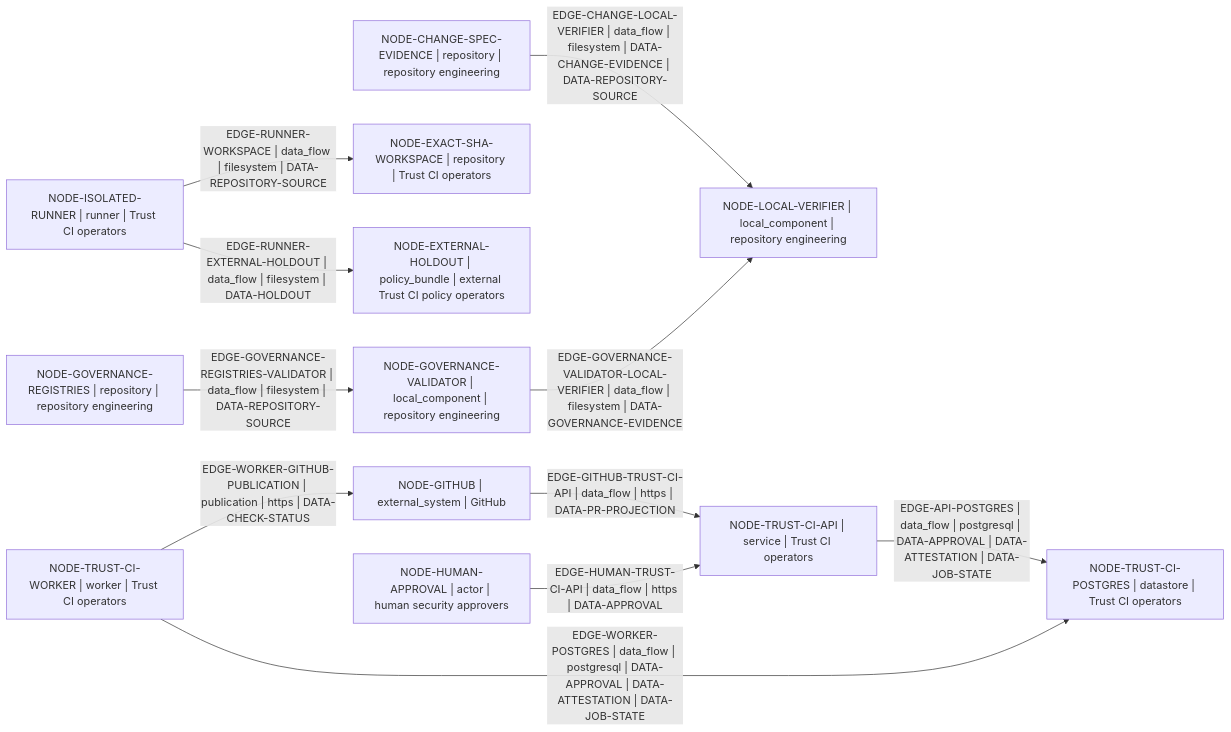
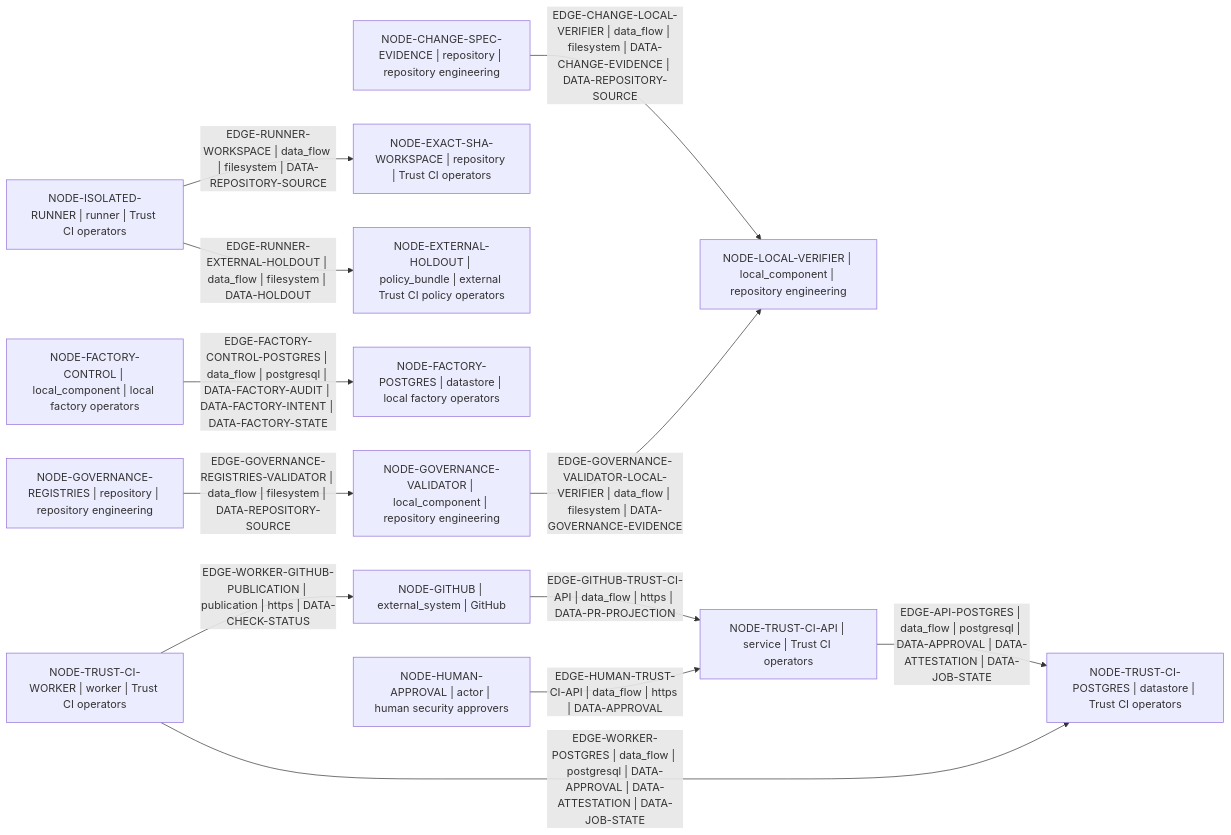
One commit to Dimkox/adaptive-grok-build-pro changed the diagram in architecture/generated/data-flow.mmd. Above: the diagram before and after it, drawn with Mermaid. The commit also changed 8 other files, not shown here.

Commit message:
feat(factory): model isolated control plane

```diff
--- a/architecture/generated/data-flow.mmd
+++ b/architecture/generated/data-flow.mmd
@@ -1,23 +1,26 @@
 flowchart LR
   node_8938bd3db1932751["NODE-CHANGE-SPEC-EVIDENCE | repository | repository engineering"]
   node_2e8a7072de3f3743["NODE-EXACT-SHA-WORKSPACE | repository | Trust CI operators"]
   node_0a0fe2f046a648e9["NODE-EXTERNAL-HOLDOUT | policy_bundle | external Trust CI policy operators"]
+  node_a6c166e55f8e1784["NODE-FACTORY-CONTROL | local_component | local factory operators"]
+  node_a77de286f8308fd4["NODE-FACTORY-POSTGRES | datastore | local factory operators"]
   node_8b8a8cd21b180532["NODE-GITHUB | external_system | GitHub"]
   node_dfd1104494c6ab8f["NODE-GOVERNANCE-REGISTRIES | repository | repository engineering"]
   node_23677f8757246623["NODE-GOVERNANCE-VALIDATOR | local_component | repository engineering"]
   node_e4e37173e410ad23["NODE-HUMAN-APPROVAL | actor | human security approvers"]
   node_1c3a10ba26a8e80d["NODE-ISOLATED-RUNNER | runner | Trust CI operators"]
   node_23bed8fcbfc79861["NODE-LOCAL-VERIFIER | local_component | repository engineering"]
   node_d0e570b2fbe52f98["NODE-TRUST-CI-API | service | Trust CI operators"]
   node_1a6c7efb2d08591b["NODE-TRUST-CI-POSTGRES | datastore | Trust CI operators"]
   node_070dda93443dcc1f["NODE-TRUST-CI-WORKER | worker | Trust CI operators"]
   node_d0e570b2fbe52f98 -->|"EDGE-API-POSTGRES | data_flow | postgresql | DATA-APPROVAL | DATA-ATTESTATION | DATA-JOB-STATE"| node_1a6c7efb2d08591b
   node_8938bd3db1932751 -->|"EDGE-CHANGE-LOCAL-VERIFIER | data_flow | filesystem | DATA-CHANGE-EVIDENCE | DATA-REPOSITORY-SOURCE"| node_23bed8fcbfc79861
+  node_a6c166e55f8e1784 -->|"EDGE-FACTORY-CONTROL-POSTGRES | data_flow | postgresql | DATA-FACTORY-AUDIT | DATA-FACTORY-INTENT | DATA-FACTORY-STATE"| node_a77de286f8308fd4
   node_8b8a8cd21b180532 -->|"EDGE-GITHUB-TRUST-CI-API | data_flow | https | DATA-PR-PROJECTION"| node_d0e570b2fbe52f98
   node_dfd1104494c6ab8f -->|"EDGE-GOVERNANCE-REGISTRIES-VALIDATOR | data_flow | filesystem | DATA-REPOSITORY-SOURCE"| node_23677f8757246623
   node_23677f8757246623 -->|"EDGE-GOVERNANCE-VALIDATOR-LOCAL-VERIFIER | data_flow | filesystem | DATA-GOVERNANCE-EVIDENCE"| node_23bed8fcbfc79861
   node_e4e37173e410ad23 -->|"EDGE-HUMAN-TRUST-CI-API | data_flow | https | DATA-APPROVAL"| node_d0e570b2fbe52f98
   node_1c3a10ba26a8e80d -->|"EDGE-RUNNER-EXTERNAL-HOLDOUT | data_flow | filesystem | DATA-HOLDOUT"| node_0a0fe2f046a648e9
   node_1c3a10ba26a8e80d -->|"EDGE-RUNNER-WORKSPACE | data_flow | filesystem | DATA-REPOSITORY-SOURCE"| node_2e8a7072de3f3743
   node_070dda93443dcc1f -->|"EDGE-WORKER-GITHUB-PUBLICATION | publication | https | DATA-CHECK-STATUS"| node_8b8a8cd21b180532
   node_070dda93443dcc1f -->|"EDGE-WORKER-POSTGRES | data_flow | postgresql | DATA-APPROVAL | DATA-ATTESTATION | DATA-JOB-STATE"| node_1a6c7efb2d08591b
```
